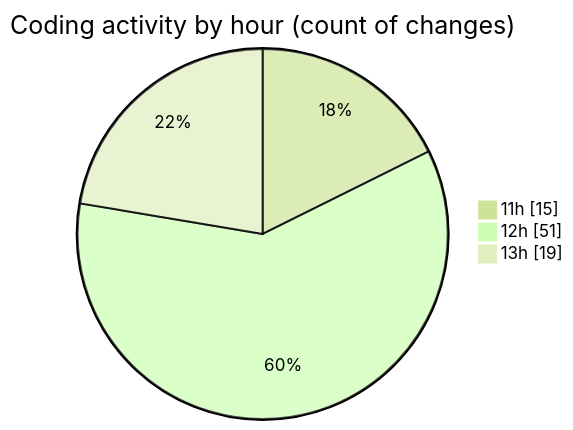
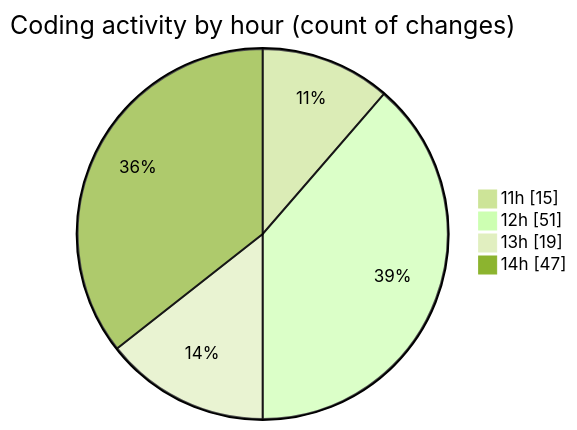
One commit to nxtqubesakshisongat/code-tracking changed the second of 2 diagrams in 2025-04-15/nxtqube_webapp/README.md. Above: the diagram before and after it, drawn with Mermaid (forest theme). The commit also changed other lines of this file and 1 other file, not shown here.

````diff
--- a/2025-04-15/nxtqube_webapp/README.md
+++ b/2025-04-15/nxtqube_webapp/README.md
@@ -36,7 +37,8 @@
 ```mermaid
 pie showData
 title Coding activity by hour (count of changes)
 "11h" : 15
 "12h" : 51
 "13h" : 19
+"14h" : 47
 ```
````
